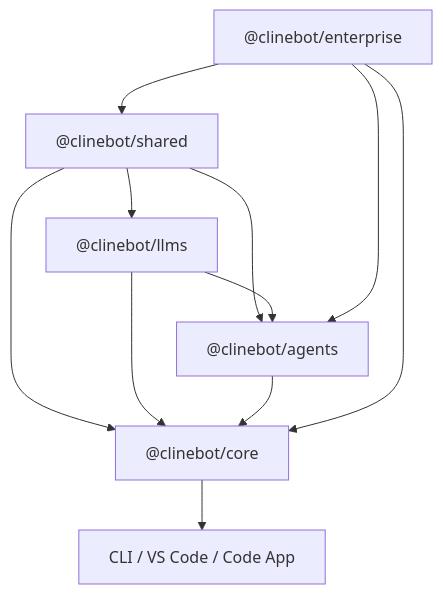
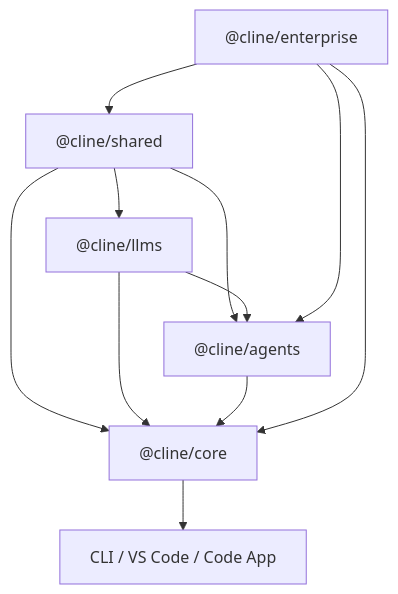
The diagram in sdk/AGENTS.md (Dastan-Prince/cline-cn), drawn with Mermaid before and after one commit. The commit also changed other lines of this file and 468 other files, not shown here.

First line of the commit message:
refactor: rename @clinebot npm scope to @cline (#24)

````diff
--- a/sdk/AGENTS.md
+++ b/sdk/AGENTS.md
@@ -26,8 +26,8 @@
 ```mermaid
 flowchart TD
-  shared["@clinebot/shared"] --> llms["@clinebot/llms"] & agents["@clinebot/agents"] & core["@clinebot/core"]
+  shared["@cline/shared"] --> llms["@cline/llms"] & agents["@cline/agents"] & core["@cline/core"]
   llms --> agents & core
   agents --> core
-  enterprise["@clinebot/enterprise"] --> agents & core & shared
+  enterprise["@cline/enterprise"] --> agents & core & shared
   core --> apps["CLI / VS Code / Code App"]
 ```
````
